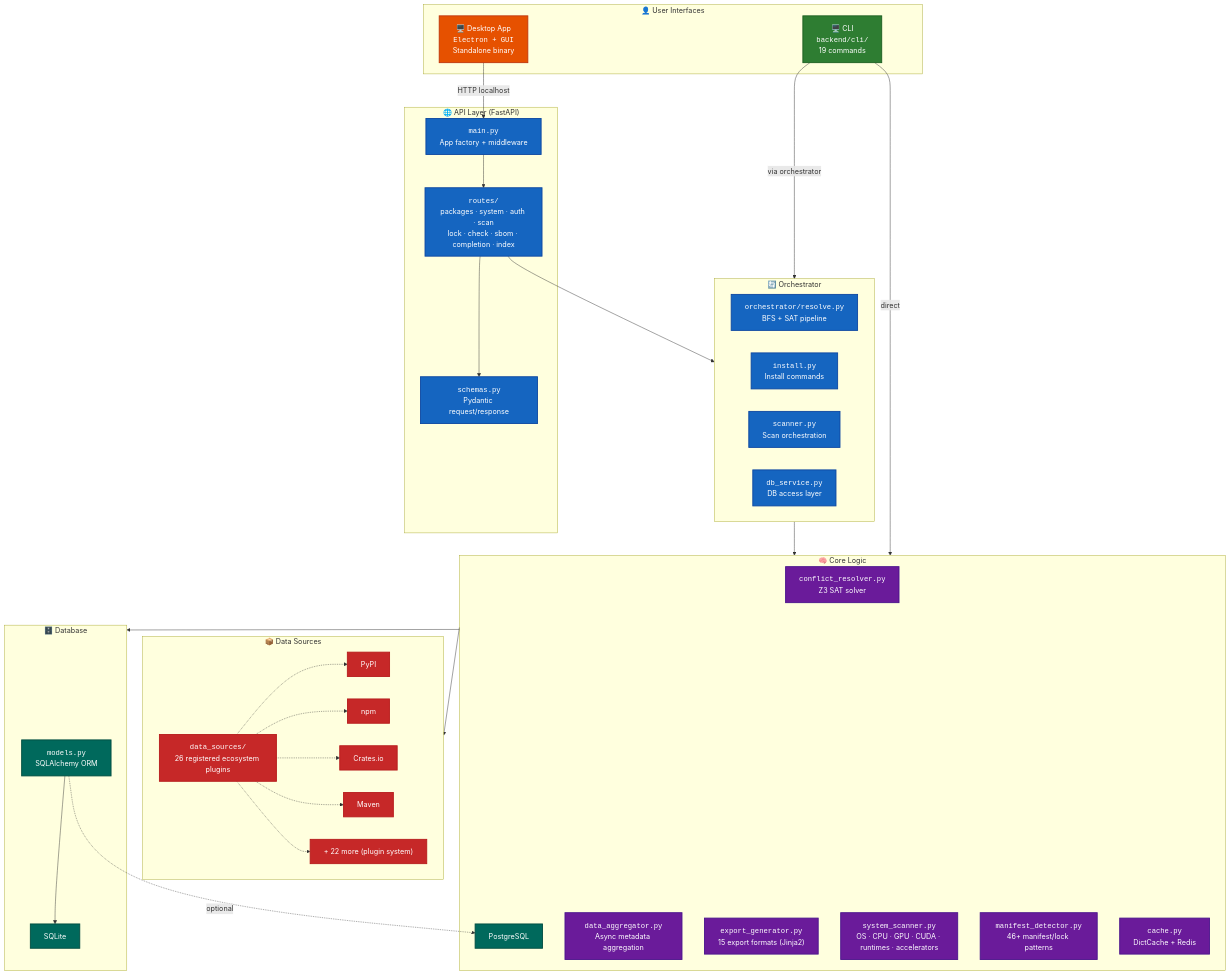
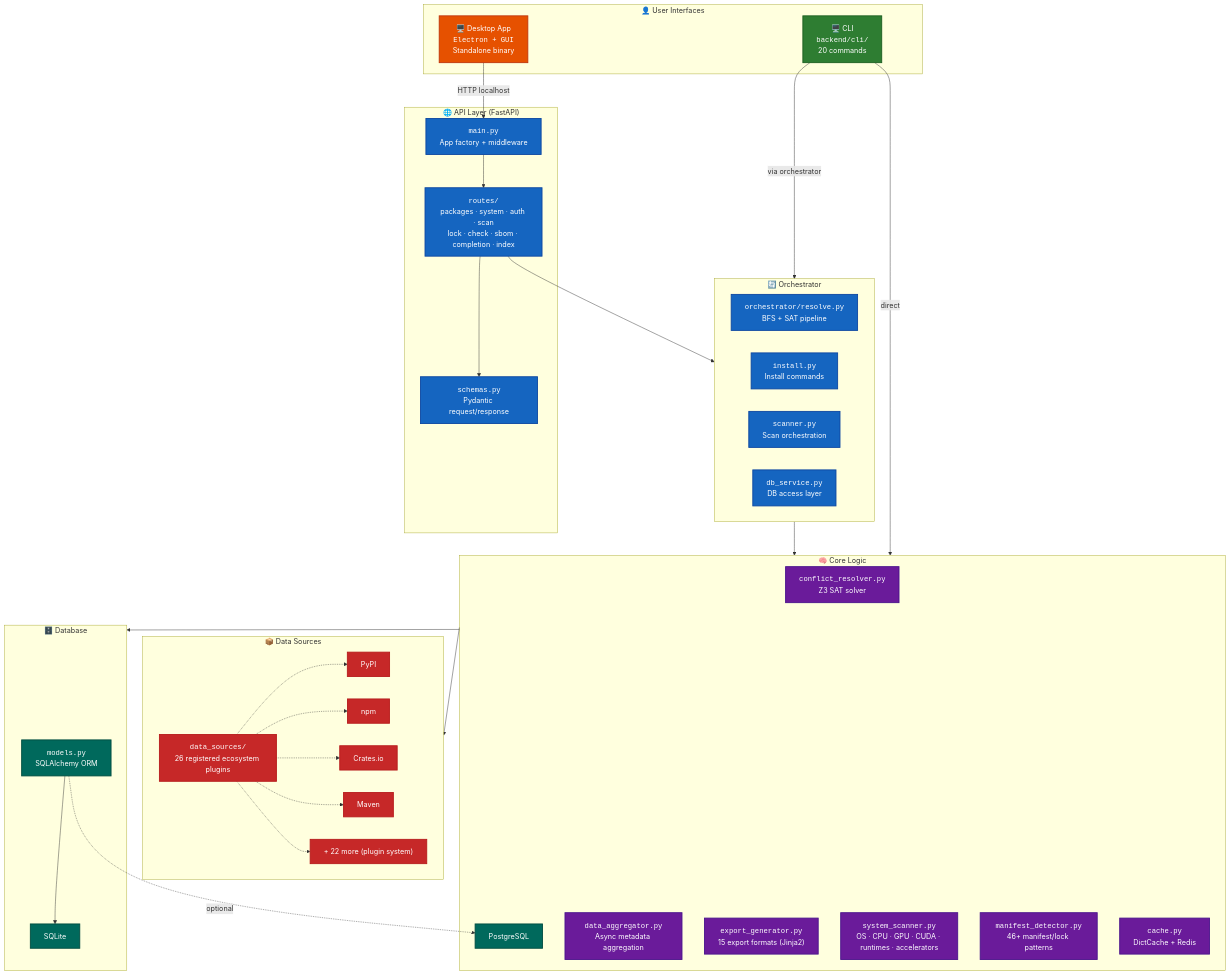
Before and after one commit to code-with-zeeshan/universal-dependency-resolver: the first of 4 diagrams in docs/ARCHITECTURE.md, drawn with Mermaid. The commit also changed other lines of this file and 67 other files, not shown here.

````diff
--- a/docs/ARCHITECTURE.md
+++ b/docs/ARCHITECTURE.md
@@ -3,69 +3,69 @@
 ```mermaid
 graph TB
     subgraph UserLayer["👤 User Interfaces"]
-        CLI["🖥️ CLI<br/><code>backend/cli/</code><br/>19 commands"]:::cli
+        CLI["🖥️ CLI<br/><code>backend/cli/</code><br/>20 commands"]:::cli
         DESKTOP["🖥️ Desktop App<br/><code>Electron + GUI</code><br/>Standalone binary"]:::desktop
     end
 
     subgraph APILayer["🌐 API Layer (FastAPI)"]
         API_MAIN["<code>main.py</code><br/>App factory + middleware"]:::api
         ROUTES["<code>routes/</code><br/>packages · system · auth · scan<br/>lock · check · sbom · completion · index"]:::api
         SCHEMAS["<code>schemas.py</code><br/>Pydantic request/response"]:::api
     end
 
     subgraph OrchestratorLayer["🔄 Orchestrator"]
         ORCH["<code>orchestrator/resolve.py</code><br/>BFS + SAT pipeline"]:::api
         O_INSTALL["<code>install.py</code><br/>Install commands"]:::api
         O_SCANNER["<code>scanner.py</code><br/>Scan orchestration"]:::api
         O_DB["<code>db_service.py</code><br/>DB access layer"]:::api
     end
 
     subgraph CoreLayer["🧠 Core Logic"]
         CR["<code>conflict_resolver.py</code><br/>Z3 SAT solver"]:::core
         PG["<code>pubgrub_solver.py</code><br/>PubGrub solver (Rust-backed)"]:::core
         DA["<code>data_aggregator.py</code><br/>Async metadata aggregation"]:::core
         EG["<code>export_generator.py</code><br/>15 export formats (Jinja2)"]:::core
         SS["<code>system_scanner.py</code><br/>OS · CPU · GPU · CUDA · runtimes · accelerators"]:::core
         MD["<code>manifest_detector.py</code><br/>46+ manifest/lock patterns"]:::core
         CACHE["<code>cache.py</code><br/>DictCache + Redis"]:::core
     end
 
     subgraph DataLayer["📦 Data Sources"]
         DS_CLIENTS["<code>data_sources/</code><br/>26 registered ecosystem plugins"]:::data
         PYPI["PyPI"]:::data
         NPM["npm"]:::data
         CRATES["Crates.io"]:::data
         MAVEN["Maven"]:::data
         MORE["+ 22 more (plugin system)"]:::data
     end
 
     subgraph DBLayer["🗄️ Database"]
         MODELS["<code>models.py</code><br/>SQLAlchemy ORM"]:::db
         SQLITE["SQLite"]:::db
         PG["PostgreSQL"]:::db
     end
 
     DESKTOP -->|"HTTP localhost"| API_MAIN
     CLI -->|"via orchestrator"| OrchestratorLayer
     CLI -->|"direct"| CoreLayer
     API_MAIN --> ROUTES
     ROUTES --> SCHEMAS
     ROUTES --> OrchestratorLayer
     OrchestratorLayer --> CoreLayer
     CoreLayer --> DataLayer
     CoreLayer --> DBLayer
     DS_CLIENTS -.-> PYPI
     DS_CLIENTS -.-> NPM
     DS_CLIENTS -.-> CRATES
     DS_CLIENTS -.-> MAVEN
     DS_CLIENTS -.-> MORE
     MODELS --> SQLITE
     MODELS -.->|"optional"| PG
 
     classDef cli fill:#2e7d32,color:#fff,stroke:#1b5e20,stroke-width:2px
     classDef desktop fill:#e65100,color:#fff,stroke:#bf360c,stroke-width:2px
     classDef api fill:#1565c0,color:#fff,stroke:#0d47a1,stroke-width:2px
     classDef core fill:#6a1b9a,color:#fff,stroke:#4a148c,stroke-width:2px
     classDef data fill:#c62828,color:#fff,stroke:#b71c1c,stroke-width:2px
     classDef db fill:#00695c,color:#fff,stroke:#004d40,stroke-width:2px
 ```
````
